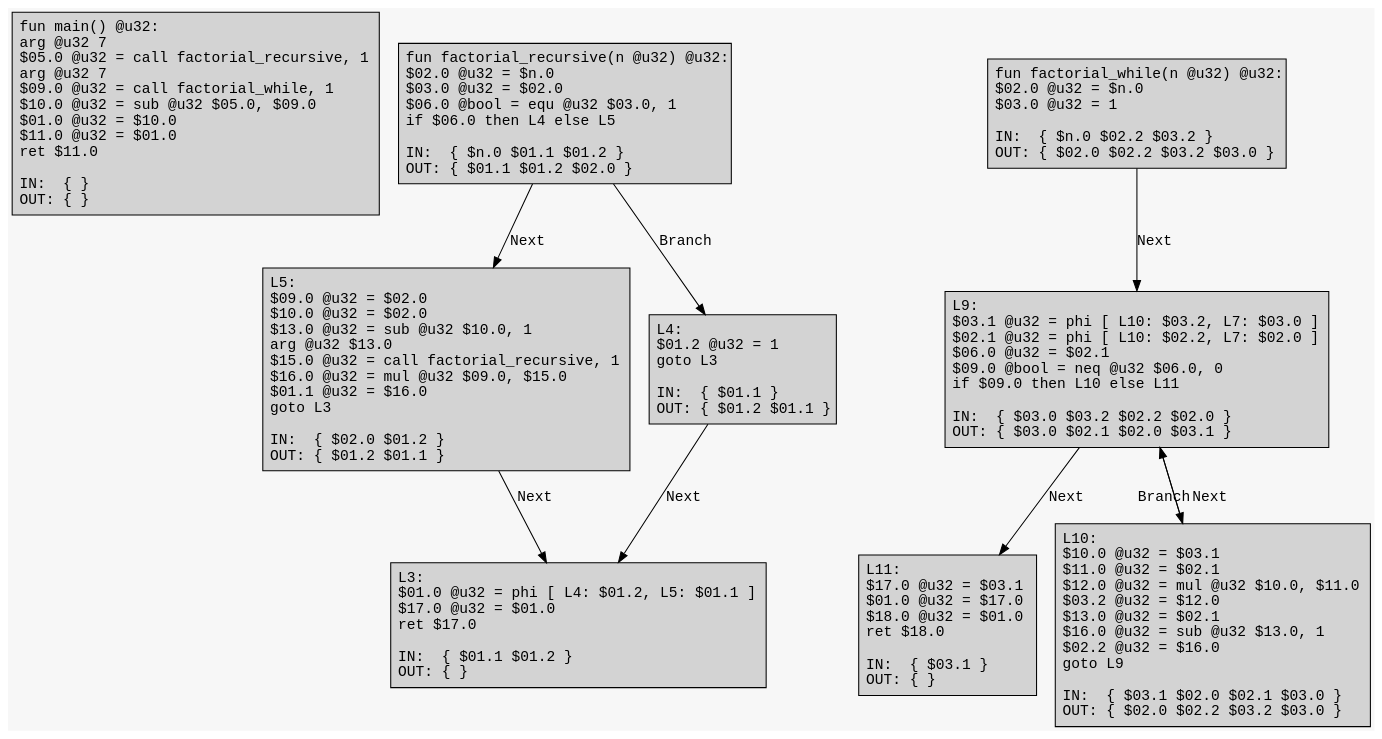
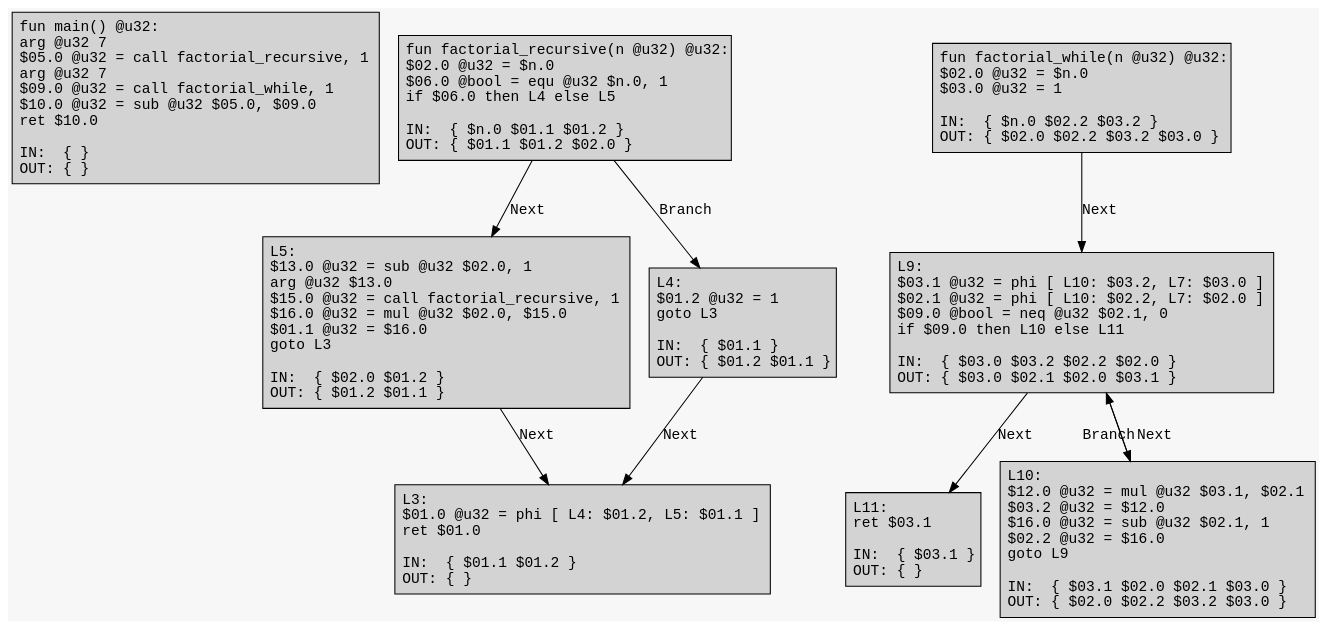
One commit to ArkoiSystems/arkoi_language changed the diagram in example/factorial/factorial.dot. Above: the diagram before and after it, drawn with Graphviz. The commit also changed 8 other files, not shown here.

First line of the commit message:
Perform copy elimination and simplify computation flows

```diff
--- a/example/factorial/factorial.dot
+++ b/example/factorial/factorial.dot
@@ -1,25 +1,25 @@
 digraph CFG {
 	graph [fontname = "Monospace"];
 	node  [fontname = "Monospace", shape=box, style=filled, margin=0.1];
 	edge  [fontname = "Monospace"];
 	bgcolor = "#f7f7f7";
 	splines = false;
 
-	L0 [label="fun main() @u32:\l arg @u32 7\l $05.0 @u32 = call factorial_recursive, 1\l arg @u32 7\l $09.0 @u32 = call factorial_while, 1\l $10.0 @u32 = sub @u32 $05.0, $09.0\l $01.0 @u32 = $10.0\l $11.0 @u32 = $01.0\l ret $11.0\l\lIN:  { }\lOUT: { }\l"];
-	L2 [label="fun factorial_recursive(n @u32) @u32:\l $02.0 @u32 = $n.0\l $03.0 @u32 = $02.0\l $06.0 @bool = equ @u32 $03.0, 1\l if $06.0 then L4 else L5\l\lIN:  { $n.0 $01.1 $01.2 }\lOUT: { $01.1 $01.2 $02.0 }\l"];
+	L0 [label="fun main() @u32:\l arg @u32 7\l $05.0 @u32 = call factorial_recursive, 1\l arg @u32 7\l $09.0 @u32 = call factorial_while, 1\l $10.0 @u32 = sub @u32 $05.0, $09.0\l ret $10.0\l\lIN:  { }\lOUT: { }\l"];
+	L2 [label="fun factorial_recursive(n @u32) @u32:\l $02.0 @u32 = $n.0\l $06.0 @bool = equ @u32 $n.0, 1\l if $06.0 then L4 else L5\l\lIN:  { $n.0 $01.1 $01.2 }\lOUT: { $01.1 $01.2 $02.0 }\l"];
 	L2 -> L5 [label="Next"];
 	L2 -> L4 [label="Branch"];
-	L5 [label="L5:\l $09.0 @u32 = $02.0\l $10.0 @u32 = $02.0\l $13.0 @u32 = sub @u32 $10.0, 1\l arg @u32 $13.0\l $15.0 @u32 = call factorial_recursive, 1\l $16.0 @u32 = mul @u32 $09.0, $15.0\l $01.1 @u32 = $16.0\l goto L3\l\lIN:  { $02.0 $01.2 }\lOUT: { $01.2 $01.1 }\l"];
+	L5 [label="L5:\l $13.0 @u32 = sub @u32 $02.0, 1\l arg @u32 $13.0\l $15.0 @u32 = call factorial_recursive, 1\l $16.0 @u32 = mul @u32 $02.0, $15.0\l $01.1 @u32 = $16.0\l goto L3\l\lIN:  { $02.0 $01.2 }\lOUT: { $01.2 $01.1 }\l"];
 	L5 -> L3 [label="Next"];
-	L3 [label="L3:\l $01.0 @u32 = phi [ L4: $01.2, L5: $01.1 ]\l $17.0 @u32 = $01.0\l ret $17.0\l\lIN:  { $01.1 $01.2 }\lOUT: { }\l"];
+	L3 [label="L3:\l $01.0 @u32 = phi [ L4: $01.2, L5: $01.1 ]\l ret $01.0\l\lIN:  { $01.1 $01.2 }\lOUT: { }\l"];
 	L4 [label="L4:\l $01.2 @u32 = 1\l goto L3\l\lIN:  { $01.1 }\lOUT: { $01.2 $01.1 }\l"];
 	L4 -> L3 [label="Next"];
 	L7 [label="fun factorial_while(n @u32) @u32:\l $02.0 @u32 = $n.0\l $03.0 @u32 = 1\l\lIN:  { $n.0 $02.2 $03.2 }\lOUT: { $02.0 $02.2 $03.2 $03.0 }\l"];
 	L7 -> L9 [label="Next"];
-	L9 [label="L9:\l $03.1 @u32 = phi [ L10: $03.2, L7: $03.0 ]\l $02.1 @u32 = phi [ L10: $02.2, L7: $02.0 ]\l $06.0 @u32 = $02.1\l $09.0 @bool = neq @u32 $06.0, 0\l if $09.0 then L10 else L11\l\lIN:  { $03.0 $03.2 $02.2 $02.0 }\lOUT: { $03.0 $02.1 $02.0 $03.1 }\l"];
+	L9 [label="L9:\l $03.1 @u32 = phi [ L10: $03.2, L7: $03.0 ]\l $02.1 @u32 = phi [ L10: $02.2, L7: $02.0 ]\l $09.0 @bool = neq @u32 $02.1, 0\l if $09.0 then L10 else L11\l\lIN:  { $03.0 $03.2 $02.2 $02.0 }\lOUT: { $03.0 $02.1 $02.0 $03.1 }\l"];
 	L9 -> L11 [label="Next"];
 	L9 -> L10 [label="Branch"];
-	L11 [label="L11:\l $17.0 @u32 = $03.1\l $01.0 @u32 = $17.0\l $18.0 @u32 = $01.0\l ret $18.0\l\lIN:  { $03.1 }\lOUT: { }\l"];
-	L10 [label="L10:\l $10.0 @u32 = $03.1\l $11.0 @u32 = $02.1\l $12.0 @u32 = mul @u32 $10.0, $11.0\l $03.2 @u32 = $12.0\l $13.0 @u32 = $02.1\l $16.0 @u32 = sub @u32 $13.0, 1\l $02.2 @u32 = $16.0\l goto L9\l\lIN:  { $03.1 $02.0 $02.1 $03.0 }\lOUT: { $02.0 $02.2 $03.2 $03.0 }\l"];
+	L11 [label="L11:\l ret $03.1\l\lIN:  { $03.1 }\lOUT: { }\l"];
+	L10 [label="L10:\l $12.0 @u32 = mul @u32 $03.1, $02.1\l $03.2 @u32 = $12.0\l $16.0 @u32 = sub @u32 $02.1, 1\l $02.2 @u32 = $16.0\l goto L9\l\lIN:  { $03.1 $02.0 $02.1 $03.0 }\lOUT: { $02.0 $02.2 $03.2 $03.0 }\l"];
 	L10 -> L9 [label="Next"];
 }
```
